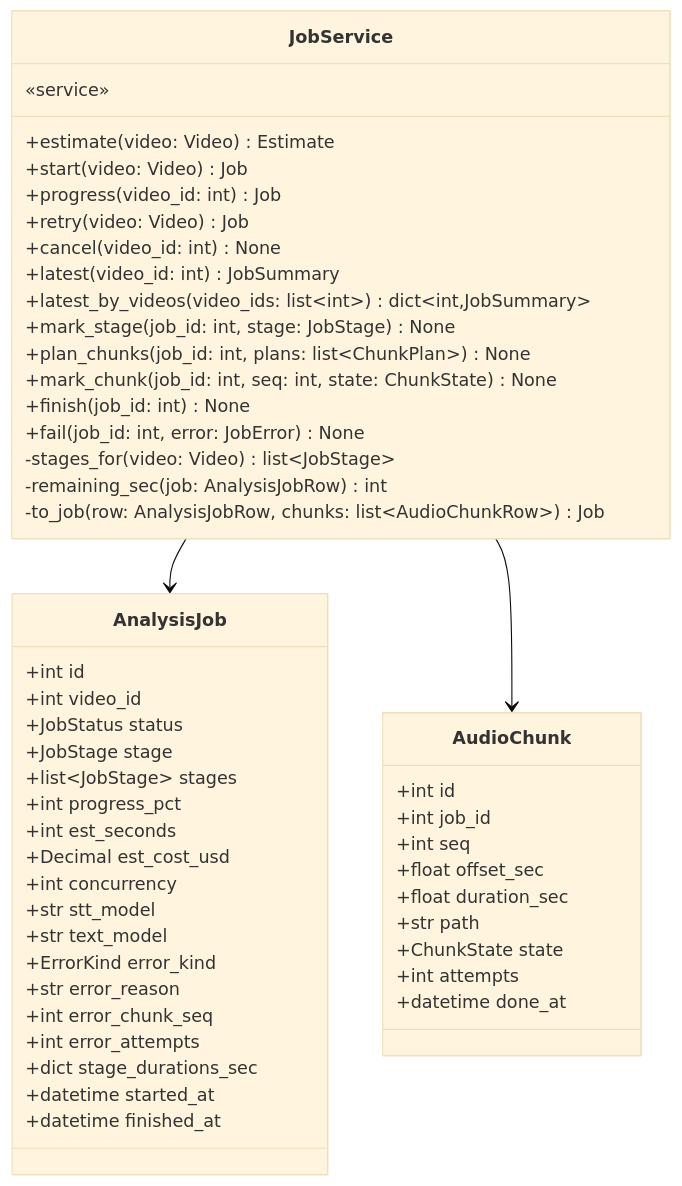
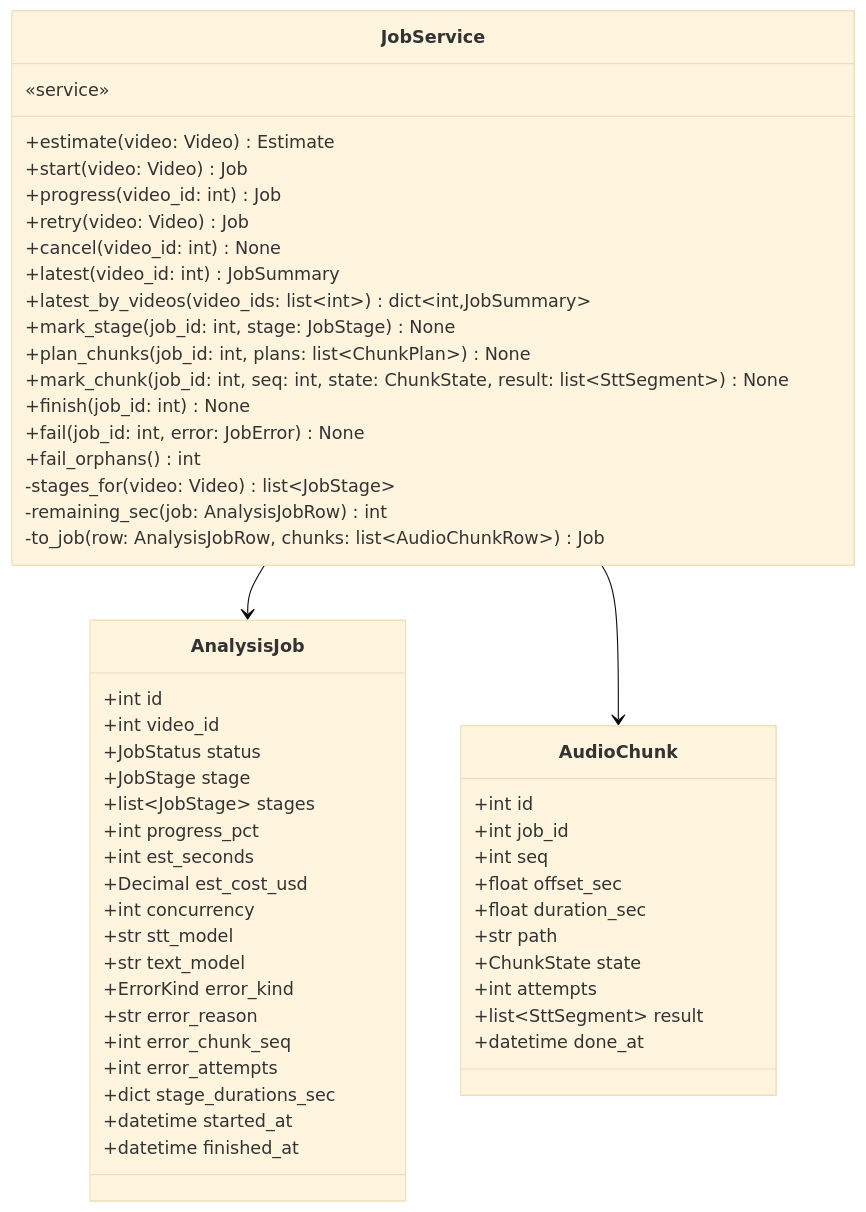
Diagram 15 of 18 in docs/specs/06-DOM/VA-DOM-002.md (HoyoungParkme/video-agent), drawn with Mermaid (base theme) before and after one commit. The commit also changed other lines of this file, not shown here.

````diff
--- a/docs/specs/06-DOM/VA-DOM-002.md
+++ b/docs/specs/06-DOM/VA-DOM-002.md
@@ -635,54 +636,56 @@
 ```mermaid
 classDiagram
     class JobService {
         «service»
         +estimate(video: Video) Estimate
         +start(video: Video) Job
         +progress(video_id: int) Job
         +retry(video: Video) Job
         +cancel(video_id: int) None
         +latest(video_id: int) JobSummary
         +latest_by_videos(video_ids: list~int~) dict~int,JobSummary~
         +mark_stage(job_id: int, stage: JobStage) None
         +plan_chunks(job_id: int, plans: list~ChunkPlan~) None
-        +mark_chunk(job_id: int, seq: int, state: ChunkState) None
+        +mark_chunk(job_id: int, seq: int, state: ChunkState, result: list~SttSegment~) None
         +finish(job_id: int) None
         +fail(job_id: int, error: JobError) None
+        +fail_orphans() int
         -stages_for(video: Video) list~JobStage~
         -remaining_sec(job: AnalysisJobRow) int
         -to_job(row: AnalysisJobRow, chunks: list~AudioChunkRow~) Job
     }
     class AnalysisJob {
         +int id
         +int video_id
         +JobStatus status
         +JobStage stage
         +list~JobStage~ stages
         +int progress_pct
         +int est_seconds
         +Decimal est_cost_usd
         +int concurrency
         +str stt_model
         +str text_model
         +ErrorKind error_kind
         +str error_reason
         +int error_chunk_seq
         +int error_attempts
         +dict stage_durations_sec
         +datetime started_at
         +datetime finished_at
     }
     class AudioChunk {
         +int id
         +int job_id
         +int seq
         +float offset_sec
         +float duration_sec
         +str path
         +ChunkState state
         +int attempts
+        +list~SttSegment~ result
         +datetime done_at
     }
     JobService --> AnalysisJob
     JobService --> AudioChunk
 ```
````
